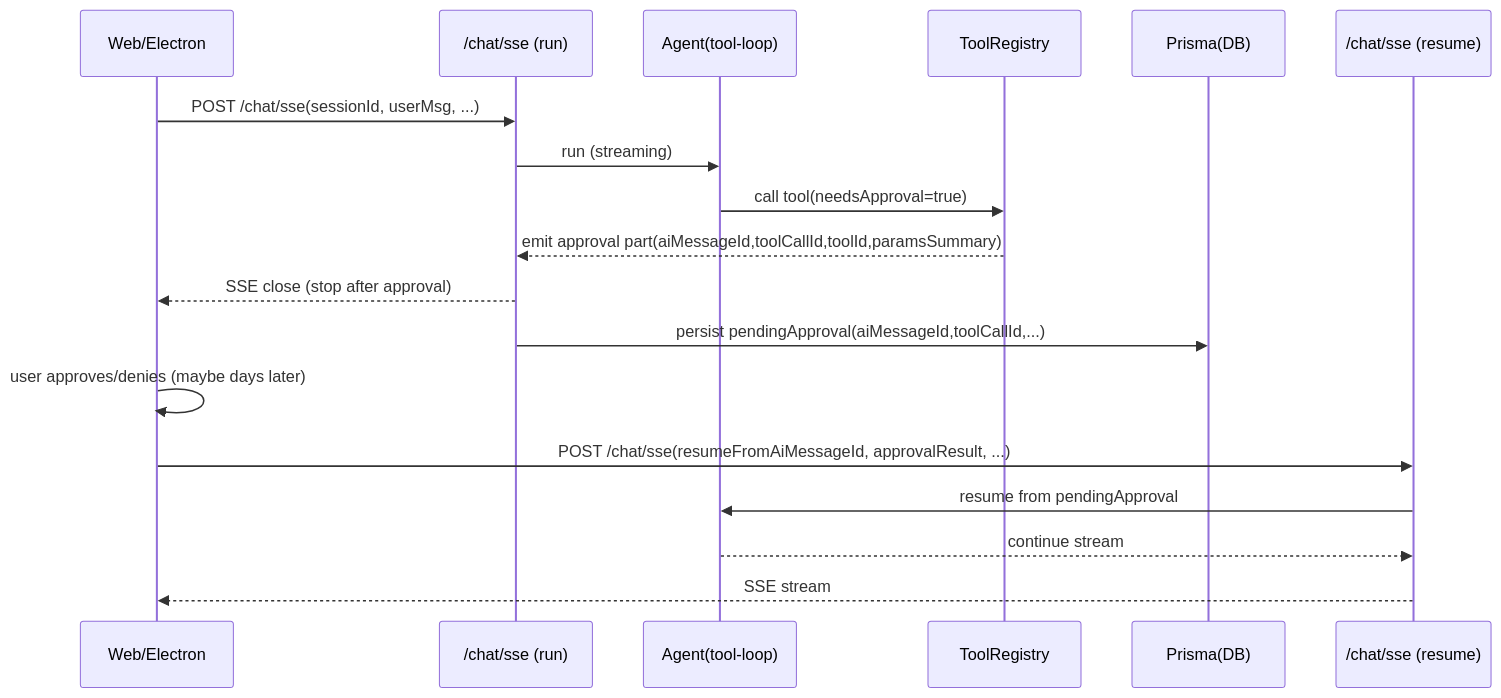
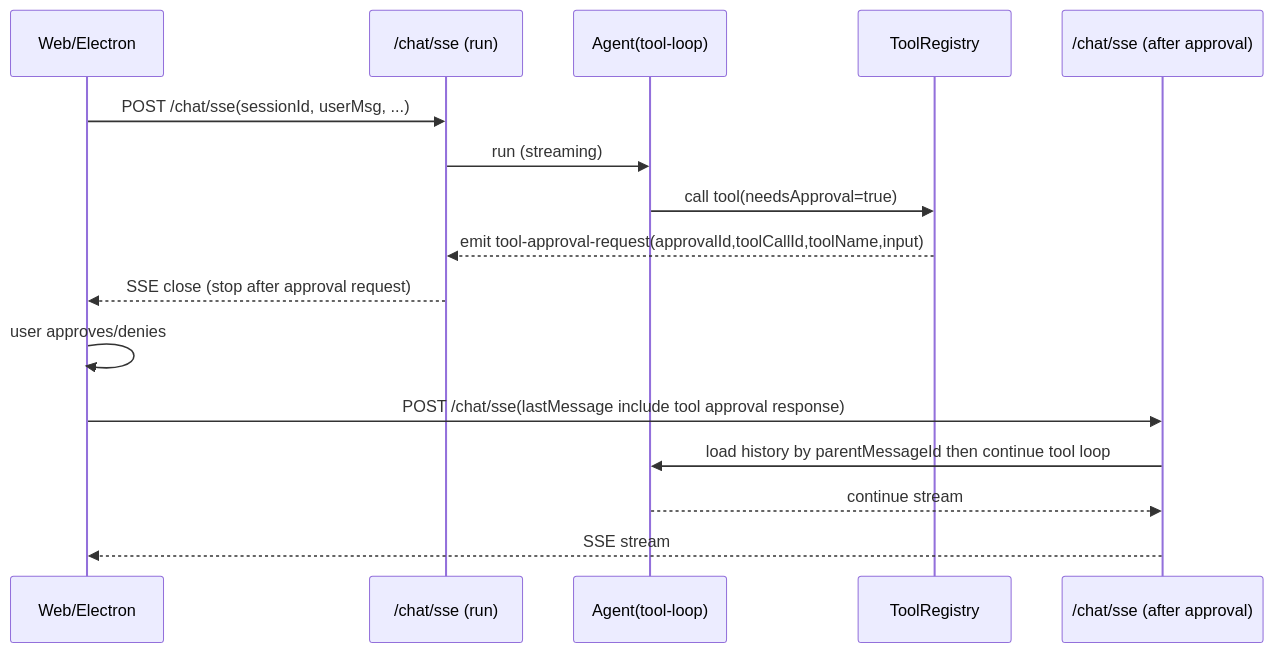
Before and after one commit to OpenLoaf/OpenLoaf: the fourth of 4 diagrams in docs/server-ai-architecture-v2.md, drawn with Mermaid. The commit also changed other lines of this file and 83 other files, not shown here.

````diff
--- a/docs/server-ai-architecture-v2.md
+++ b/docs/server-ai-architecture-v2.md
@@ -410,22 +413,20 @@
 ```mermaid
 sequenceDiagram
 participant UI as Web/Electron
 participant SSE1 as /chat/sse (run)
 participant OA as Agent(tool-loop)
 participant TR as ToolRegistry
-participant DB as Prisma(DB)
-participant SSE2 as /chat/sse (resume)
+participant SSE2 as /chat/sse (after approval)
 
 UI->>SSE1: POST /chat/sse(sessionId, userMsg, ...)
 SSE1->>OA: run (streaming)
 OA->>TR: call tool(needsApproval=true)
-TR-->>SSE1: emit approval part(aiMessageId,toolCallId,toolId,paramsSummary)
-SSE1-->>UI: SSE close (stop after approval)
-SSE1->>DB: persist pendingApproval(aiMessageId,toolCallId,...)
+TR-->>SSE1: emit tool-approval-request(approvalId,toolCallId,toolName,input)
+SSE1-->>UI: SSE close (stop after approval request)
 
-UI->>UI: user approves/denies (maybe days later)
-UI->>SSE2: POST /chat/sse(resumeFromAiMessageId, approvalResult, ...)
-SSE2->>OA: resume from pendingApproval
+UI->>UI: user approves/denies
+UI->>SSE2: POST /chat/sse(lastMessage include tool approval response)
+SSE2->>OA: load history by parentMessageId then continue tool loop
 OA-->>SSE2: continue stream
 SSE2-->>UI: SSE stream
 ```
````
